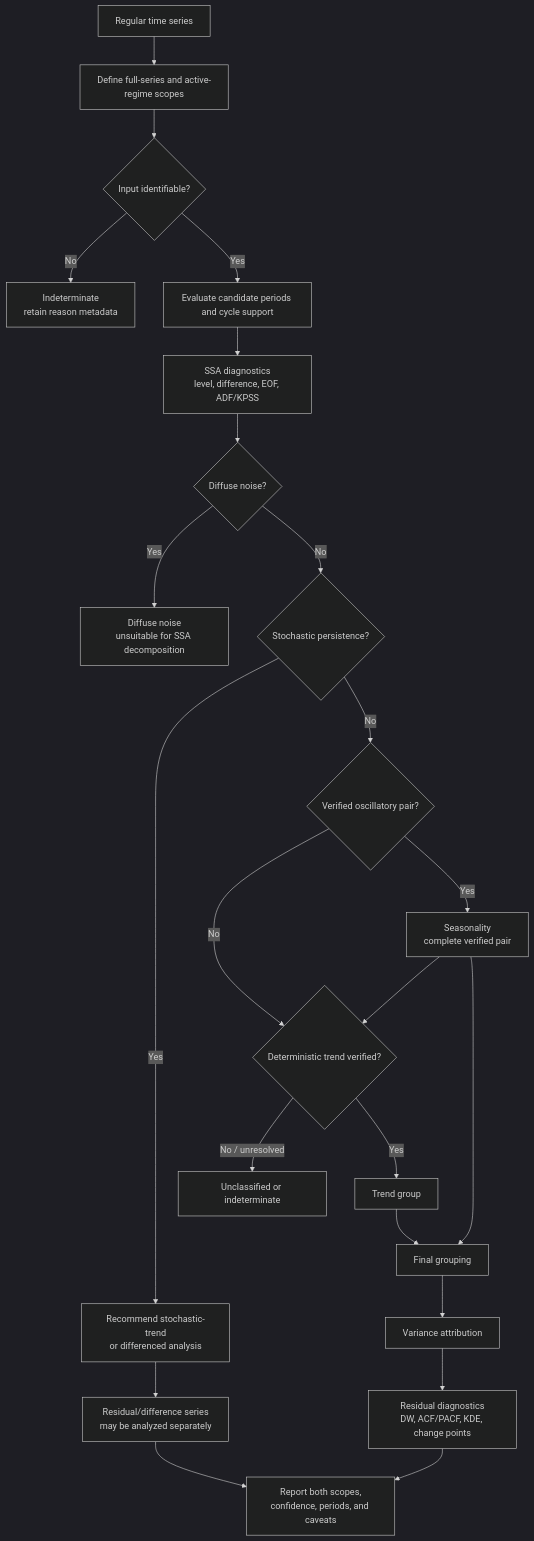
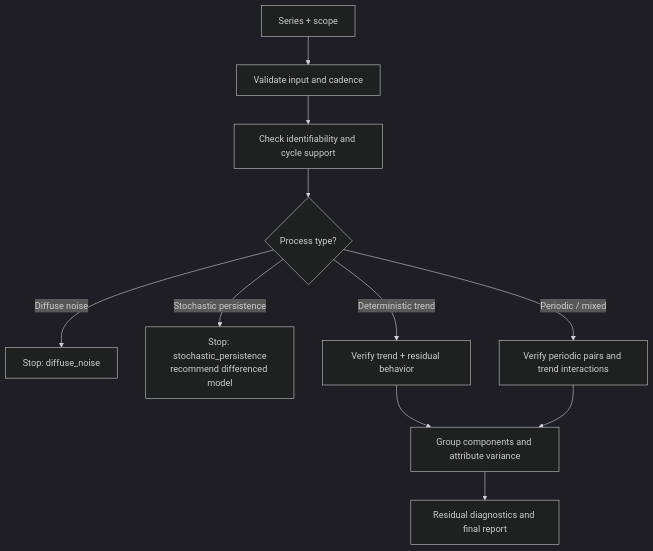
Before and after one commit to rajivsam/tseda: the first of 2 diagrams in documents/decomposition_process_spec.md, drawn with Mermaid (dark theme). The commit also changed other lines of this file, not shown here.

Commit message:
Improved process diagram.

````diff
--- a/documents/decomposition_process_spec.md
+++ b/documents/decomposition_process_spec.md
@@ -591,25 +614,13 @@
 ```mermaid
 flowchart TD
-    A[Regular time series] --> B[Define full-series and active-regime scopes]
-    B --> C{Input identifiable?}
-    C -->|No| I[Indeterminate<br/>retain reason metadata]
-    C -->|Yes| D[Evaluate candidate periods and cycle support]
-    D --> E[SSA diagnostics<br/>level, difference, EOF, ADF/KPSS]
-    E --> F{Diffuse noise?}
-    F -->|Yes| N[Diffuse noise<br/>unsuitable for SSA decomposition]
-    F -->|No| G{Stochastic persistence?}
-    G -->|Yes| P[Recommend stochastic-trend<br/>or differenced analysis]
-    G -->|No| H{Verified oscillatory pair?}
-    P --> RH[Residual/difference series<br/>may be analyzed separately]
-    RH --> O
-    H -->|Yes| S[Seasonality<br/>complete verified pair]
-    H -->|No| T{Deterministic trend verified?}
-    S --> T
-    T -->|Yes| TR[Trend group]
-    T -->|No / unresolved| U[Unclassified or indeterminate]
-    TR --> R[Final grouping]
-    S --> R
-    R --> V[Variance attribution]
-    V --> Q[Residual diagnostics<br/>DW, ACF/PACF, KDE, change points]
-    Q --> O[Report both scopes,<br/>confidence, periods, and caveats]
+    A[Series + scope] --> B[Validate input and cadence]
+    B --> C[Check identifiability and cycle support]
+    C --> D{Process type?}
+    D -->|Diffuse noise| N[Stop: diffuse_noise]
+    D -->|Stochastic persistence| P[Stop: stochastic_persistence<br/>recommend differenced model]
+    D -->|Deterministic trend| E[Verify trend + residual behavior]
+    D -->|Periodic / mixed| F[Verify periodic pairs and trend interactions]
+    E --> G[Group components and attribute variance]
+    F --> G
+    G --> H[Residual diagnostics and final report]
 ```
````
